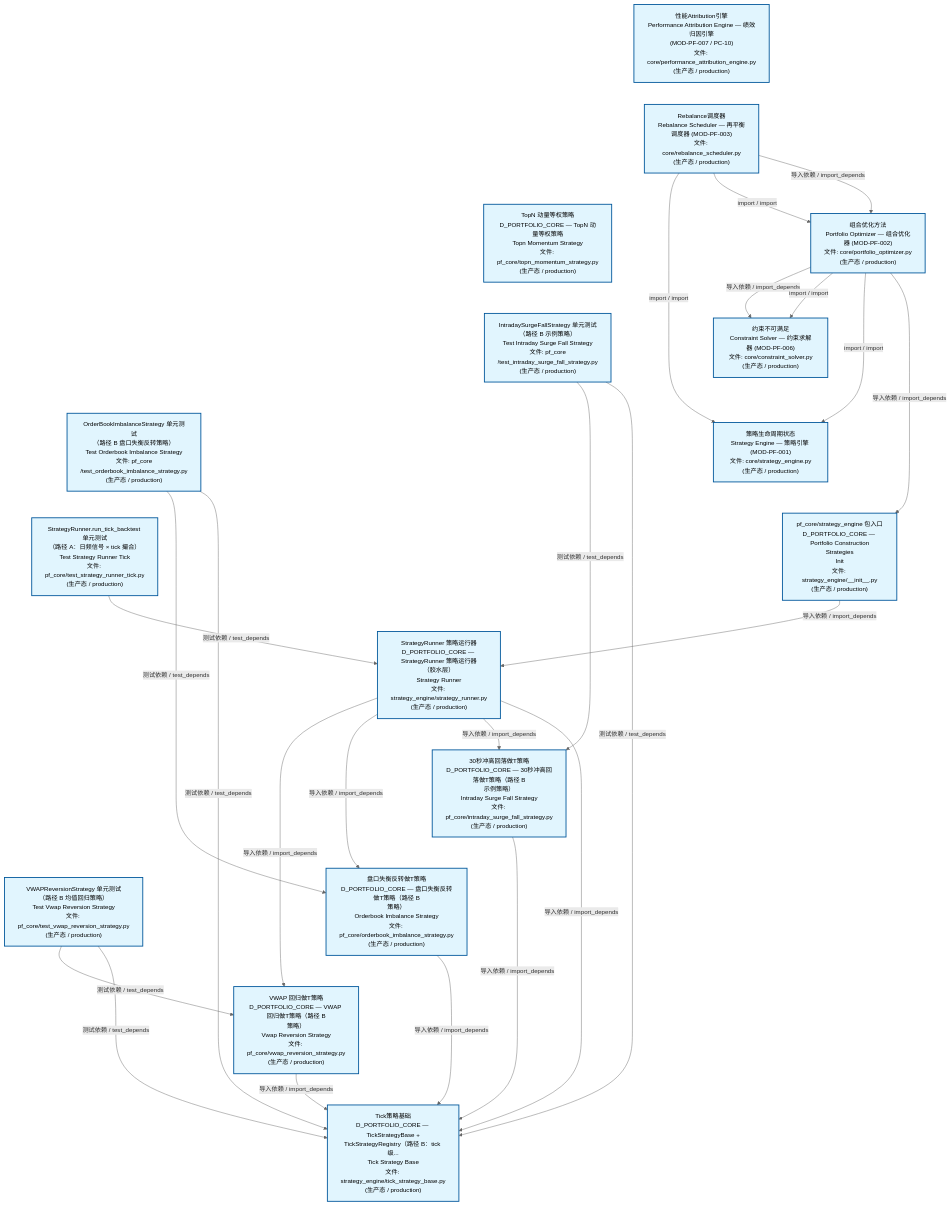
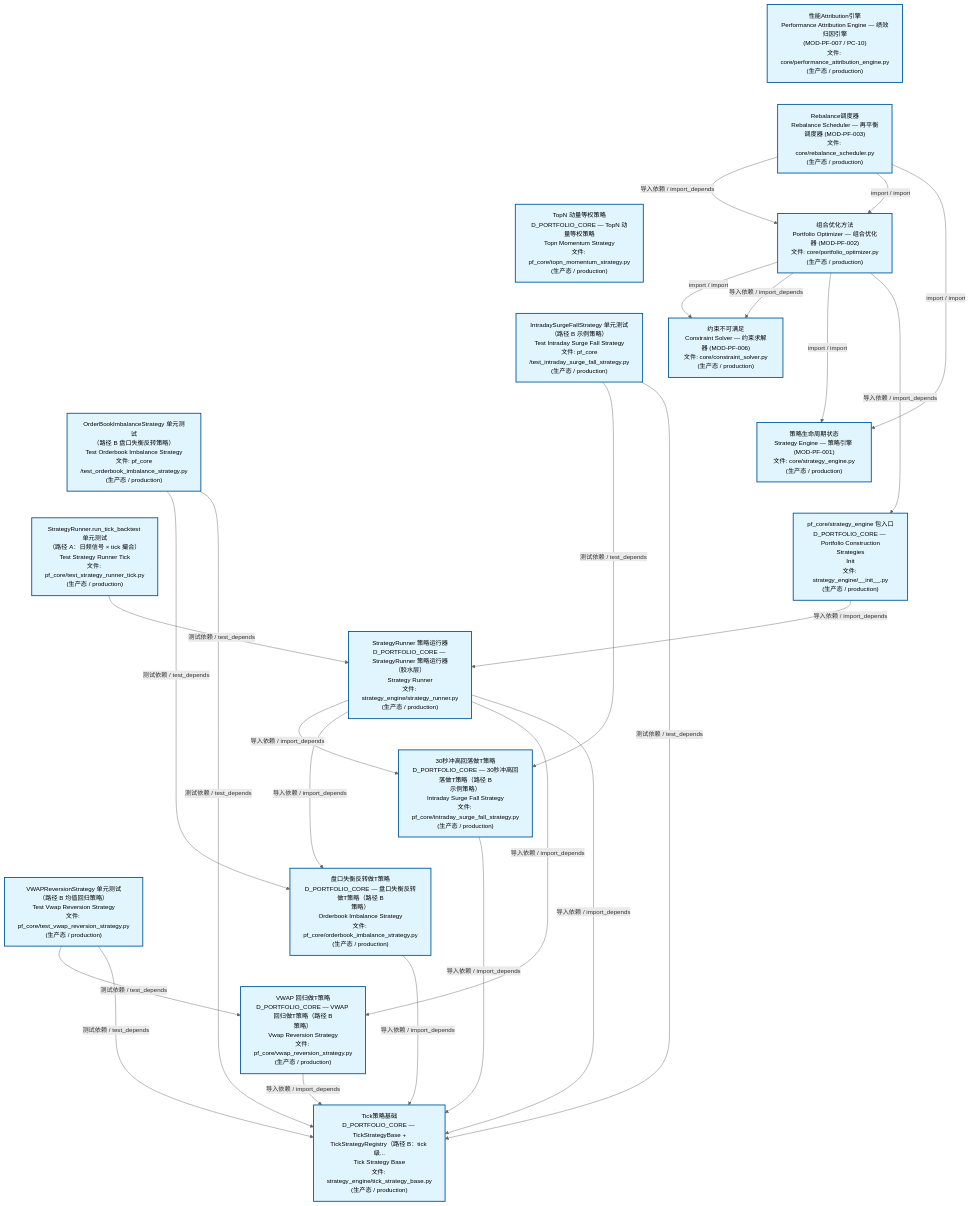
One commit to xuanFelixVan/ZephyrAlpha changed the second of 3 diagrams in docs/02_enterprise_architecture/02_domain_architecture_docs/63_d_pf_core.md. Above: the diagram before and after it, drawn with Mermaid. The commit also changed other lines of this file and 45 other files, not shown here.

````diff
--- a/docs/02_enterprise_architecture/02_domain_architecture_docs/63_d_pf_core.md
+++ b/docs/02_enterprise_architecture/02_domain_architecture_docs/63_d_pf_core.md
@@ -140,57 +140,57 @@
 ```mermaid
 %%{init: {'theme': 'base', 'themeVariables': {'primaryColor': '#eaeaea', 'primaryTextColor': '#333333', 'primaryBorderColor': '#666666', 'lineColor': '#666666', 'secondaryColor': '#eaeaea', 'tertiaryColor': '#eaeaea', 'fontSize': '14px'}}}%%
 flowchart TD
     src_zephyr_pf_core_core_performance_attribution_engine_py["性能Attribution引擎<br/>Performance Attribution Engine — 绩效归因引擎<br/>(MOD-PF-007 / PC-10)<br/>文件: core/performance_attribution_engine.py<br/>(生产态 / production)"]
     src_zephyr_pf_core_core_rebalance_scheduler_py["Rebalance调度器<br/>Rebalance Scheduler — 再平衡调度器 (MOD-PF-003)<br/>文件: core/rebalance_scheduler.py<br/>(生产态 / production)"]
     src_zephyr_pf_core_topn_momentum_strategy_py["TopN 动量等权策略<br/>D_PORTFOLIO_CORE — TopN 动量等权策略<br/>Topn Momentum Strategy<br/>文件: pf_core/topn_momentum_strategy.py<br/>(生产态 / production)"]
     tests_pf_core_test_intraday_surge_fall_strategy_py["IntradaySurgeFallStrategy 单元测试<br/>（路径 B 示例策略）<br/>Test Intraday Surge Fall Strategy<br/>文件: pf_core<br/>/test_intraday_surge_fall_strategy.py<br/>(生产态 / production)"]
     tests_pf_core_test_orderbook_imbalance_strategy_py["OrderBookImbalanceStrategy 单元测试<br/>（路径 B 盘口失衡反转策略）<br/>Test Orderbook Imbalance Strategy<br/>文件: pf_core<br/>/test_orderbook_imbalance_strategy.py<br/>(生产态 / production)"]
     tests_pf_core_test_strategy_runner_tick_py["StrategyRunner.run_tick_backtest 单元测试<br/>（路径 A：日频信号 × tick 撮合）<br/>Test Strategy Runner Tick<br/>文件: pf_core/test_strategy_runner_tick.py<br/>(生产态 / production)"]
     tests_pf_core_test_vwap_reversion_strategy_py["VWAPReversionStrategy 单元测试<br/>（路径 B 均值回归策略）<br/>Test Vwap Reversion Strategy<br/>文件: pf_core/test_vwap_reversion_strategy.py<br/>(生产态 / production)"]
     src_zephyr_pf_core_core_performance_attribution_engine_py ~~~ src_zephyr_pf_core_core_rebalance_scheduler_py
     src_zephyr_pf_core_core_rebalance_scheduler_py ~~~ src_zephyr_pf_core_topn_momentum_strategy_py
     src_zephyr_pf_core_topn_momentum_strategy_py ~~~ tests_pf_core_test_intraday_surge_fall_strategy_py
     tests_pf_core_test_intraday_surge_fall_strategy_py ~~~ tests_pf_core_test_orderbook_imbalance_strategy_py
     tests_pf_core_test_orderbook_imbalance_strategy_py ~~~ tests_pf_core_test_strategy_runner_tick_py
     tests_pf_core_test_strategy_runner_tick_py ~~~ tests_pf_core_test_vwap_reversion_strategy_py
     src_zephyr_pf_core_core_portfolio_optimizer_py["组合优化方法<br/>Portfolio Optimizer — 组合优化器 (MOD-PF-002)<br/>文件: core/portfolio_optimizer.py<br/>(生产态 / production)"]
     src_zephyr_pf_core_core_constraint_solver_py["约束不可满足<br/>Constraint Solver — 约束求解器 (MOD-PF-006)<br/>文件: core/constraint_solver.py<br/>(生产态 / production)"]
     src_zephyr_pf_core_core_strategy_engine_py["策略生命周期状态<br/>Strategy Engine — 策略引擎 (MOD-PF-001)<br/>文件: core/strategy_engine.py<br/>(生产态 / production)"]
     src_zephyr_pf_core_strategy_engine_init_py["pf_core/strategy_engine 包入口<br/>D_PORTFOLIO_CORE — Portfolio Construction<br/>Strategies<br/>Init<br/>文件: strategy_engine/__init__.py<br/>(生产态 / production)"]
     src_zephyr_pf_core_core_constraint_solver_py ~~~ src_zephyr_pf_core_core_strategy_engine_py
     src_zephyr_pf_core_core_strategy_engine_py ~~~ src_zephyr_pf_core_strategy_engine_init_py
     src_zephyr_pf_core_strategy_engine_strategy_runner_py["StrategyRunner 策略运行器<br/>D_PORTFOLIO_CORE — StrategyRunner 策略运行器<br/>（胶水层）<br/>Strategy Runner<br/>文件: strategy_engine/strategy_runner.py<br/>(生产态 / production)"]
     src_zephyr_pf_core_intraday_surge_fall_strategy_py["30秒冲高回落做T策略<br/>D_PORTFOLIO_CORE — 30秒冲高回落做T策略（路径 B<br/>示例策略）<br/>Intraday Surge Fall Strategy<br/>文件: pf_core/intraday_surge_fall_strategy.py<br/>(生产态 / production)"]
     src_zephyr_pf_core_orderbook_imbalance_strategy_py["盘口失衡反转做T策略<br/>D_PORTFOLIO_CORE — 盘口失衡反转做T策略（路径 B<br/>策略）<br/>Orderbook Imbalance Strategy<br/>文件: pf_core/orderbook_imbalance_strategy.py<br/>(生产态 / production)"]
     src_zephyr_pf_core_vwap_reversion_strategy_py["VWAP 回归做T策略<br/>D_PORTFOLIO_CORE — VWAP 回归做T策略（路径 B<br/>策略）<br/>Vwap Reversion Strategy<br/>文件: pf_core/vwap_reversion_strategy.py<br/>(生产态 / production)"]
     src_zephyr_pf_core_intraday_surge_fall_strategy_py ~~~ src_zephyr_pf_core_orderbook_imbalance_strategy_py
     src_zephyr_pf_core_orderbook_imbalance_strategy_py ~~~ src_zephyr_pf_core_vwap_reversion_strategy_py
     src_zephyr_pf_core_strategy_engine_tick_strategy_base_py["Tick策略基础<br/>D_PORTFOLIO_CORE — TickStrategyBase +<br/>TickStrategyRegistry（路径 B：tick 级...<br/>Tick Strategy Base<br/>文件: strategy_engine/tick_strategy_base.py<br/>(生产态 / production)"]
+    src_zephyr_pf_core_intraday_surge_fall_strategy_py -->|导入依赖 / import_depends| src_zephyr_pf_core_strategy_engine_tick_strategy_base_py
+    src_zephyr_pf_core_orderbook_imbalance_strategy_py -->|导入依赖 / import_depends| src_zephyr_pf_core_strategy_engine_tick_strategy_base_py
     src_zephyr_pf_core_vwap_reversion_strategy_py -->|导入依赖 / import_depends| src_zephyr_pf_core_strategy_engine_tick_strategy_base_py
-    src_zephyr_pf_core_orderbook_imbalance_strategy_py -->|导入依赖 / import_depends| src_zephyr_pf_core_strategy_engine_tick_strategy_base_py
-    src_zephyr_pf_core_intraday_surge_fall_strategy_py -->|导入依赖 / import_depends| src_zephyr_pf_core_strategy_engine_tick_strategy_base_py
-    src_zephyr_pf_core_core_rebalance_scheduler_py -->|import / import| src_zephyr_pf_core_core_strategy_engine_py
-    src_zephyr_pf_core_core_rebalance_scheduler_py -->|import / import| src_zephyr_pf_core_core_portfolio_optimizer_py
-    src_zephyr_pf_core_core_rebalance_scheduler_py -->|导入依赖 / import_depends| src_zephyr_pf_core_core_portfolio_optimizer_py
+    src_zephyr_pf_core_core_portfolio_optimizer_py -->|import / import| src_zephyr_pf_core_core_constraint_solver_py
     src_zephyr_pf_core_core_portfolio_optimizer_py -->|导入依赖 / import_depends| src_zephyr_pf_core_core_constraint_solver_py
-    src_zephyr_pf_core_core_portfolio_optimizer_py -->|import / import| src_zephyr_pf_core_core_constraint_solver_py
     src_zephyr_pf_core_core_portfolio_optimizer_py -->|import / import| src_zephyr_pf_core_core_strategy_engine_py
     src_zephyr_pf_core_core_portfolio_optimizer_py -->|导入依赖 / import_depends| src_zephyr_pf_core_strategy_engine_init_py
+    src_zephyr_pf_core_strategy_engine_strategy_runner_py -->|导入依赖 / import_depends| src_zephyr_pf_core_intraday_surge_fall_strategy_py
+    src_zephyr_pf_core_strategy_engine_strategy_runner_py -->|导入依赖 / import_depends| src_zephyr_pf_core_orderbook_imbalance_strategy_py
     src_zephyr_pf_core_strategy_engine_strategy_runner_py -->|导入依赖 / import_depends| src_zephyr_pf_core_vwap_reversion_strategy_py
-    src_zephyr_pf_core_strategy_engine_strategy_runner_py -->|导入依赖 / import_depends| src_zephyr_pf_core_orderbook_imbalance_strategy_py
-    src_zephyr_pf_core_strategy_engine_strategy_runner_py -->|导入依赖 / import_depends| src_zephyr_pf_core_intraday_surge_fall_strategy_py
     src_zephyr_pf_core_strategy_engine_strategy_runner_py -->|导入依赖 / import_depends| src_zephyr_pf_core_strategy_engine_tick_strategy_base_py
+    src_zephyr_pf_core_core_rebalance_scheduler_py -->|导入依赖 / import_depends| src_zephyr_pf_core_core_portfolio_optimizer_py
+    src_zephyr_pf_core_core_rebalance_scheduler_py -->|import / import| src_zephyr_pf_core_core_portfolio_optimizer_py
+    src_zephyr_pf_core_core_rebalance_scheduler_py -->|import / import| src_zephyr_pf_core_core_strategy_engine_py
     src_zephyr_pf_core_strategy_engine_init_py -->|导入依赖 / import_depends| src_zephyr_pf_core_strategy_engine_strategy_runner_py
+    tests_pf_core_test_intraday_surge_fall_strategy_py -->|测试依赖 / test_depends| src_zephyr_pf_core_intraday_surge_fall_strategy_py
+    tests_pf_core_test_intraday_surge_fall_strategy_py -->|测试依赖 / test_depends| src_zephyr_pf_core_strategy_engine_tick_strategy_base_py
     tests_pf_core_test_orderbook_imbalance_strategy_py -->|测试依赖 / test_depends| src_zephyr_pf_core_orderbook_imbalance_strategy_py
     tests_pf_core_test_orderbook_imbalance_strategy_py -->|测试依赖 / test_depends| src_zephyr_pf_core_strategy_engine_tick_strategy_base_py
-    tests_pf_core_test_intraday_surge_fall_strategy_py -->|测试依赖 / test_depends| src_zephyr_pf_core_intraday_surge_fall_strategy_py
-    tests_pf_core_test_intraday_surge_fall_strategy_py -->|测试依赖 / test_depends| src_zephyr_pf_core_strategy_engine_tick_strategy_base_py
-    tests_pf_core_test_strategy_runner_tick_py -->|测试依赖 / test_depends| src_zephyr_pf_core_strategy_engine_strategy_runner_py
     tests_pf_core_test_vwap_reversion_strategy_py -->|测试依赖 / test_depends| src_zephyr_pf_core_vwap_reversion_strategy_py
     tests_pf_core_test_vwap_reversion_strategy_py -->|测试依赖 / test_depends| src_zephyr_pf_core_strategy_engine_tick_strategy_base_py
+    tests_pf_core_test_strategy_runner_tick_py -->|测试依赖 / test_depends| src_zephyr_pf_core_strategy_engine_strategy_runner_py
     classDef production fill:#e1f5fe,stroke:#01579b,stroke-width:2px,color:#000
     classDef design fill:#fff3e0,stroke:#e65100,stroke-width:2px,color:#000,stroke-dasharray: 5 5
     classDef external_prod fill:#e8f4fd,stroke:#0277bd,stroke-width:1px,color:#000
     classDef external_design fill:#fff8e7,stroke:#ef6c00,stroke-width:1px,color:#000,stroke-dasharray: 5 5
     class src_zephyr_pf_core_core_constraint_solver_py,src_zephyr_pf_core_core_performance_attribution_engine_py,src_zephyr_pf_core_core_portfolio_optimizer_py,src_zephyr_pf_core_core_rebalance_scheduler_py,src_zephyr_pf_core_core_strategy_engine_py,src_zephyr_pf_core_intraday_surge_fall_strategy_py,src_zephyr_pf_core_orderbook_imbalance_strategy_py,src_zephyr_pf_core_strategy_engine_init_py,src_zephyr_pf_core_strategy_engine_strategy_runner_py,src_zephyr_pf_core_strategy_engine_tick_strategy_base_py,src_zephyr_pf_core_topn_momentum_strategy_py,src_zephyr_pf_core_vwap_reversion_strategy_py,tests_pf_core_test_intraday_surge_fall_strategy_py,tests_pf_core_test_orderbook_imbalance_strategy_py,tests_pf_core_test_strategy_runner_tick_py,tests_pf_core_test_vwap_reversion_strategy_py production
 ```
````
